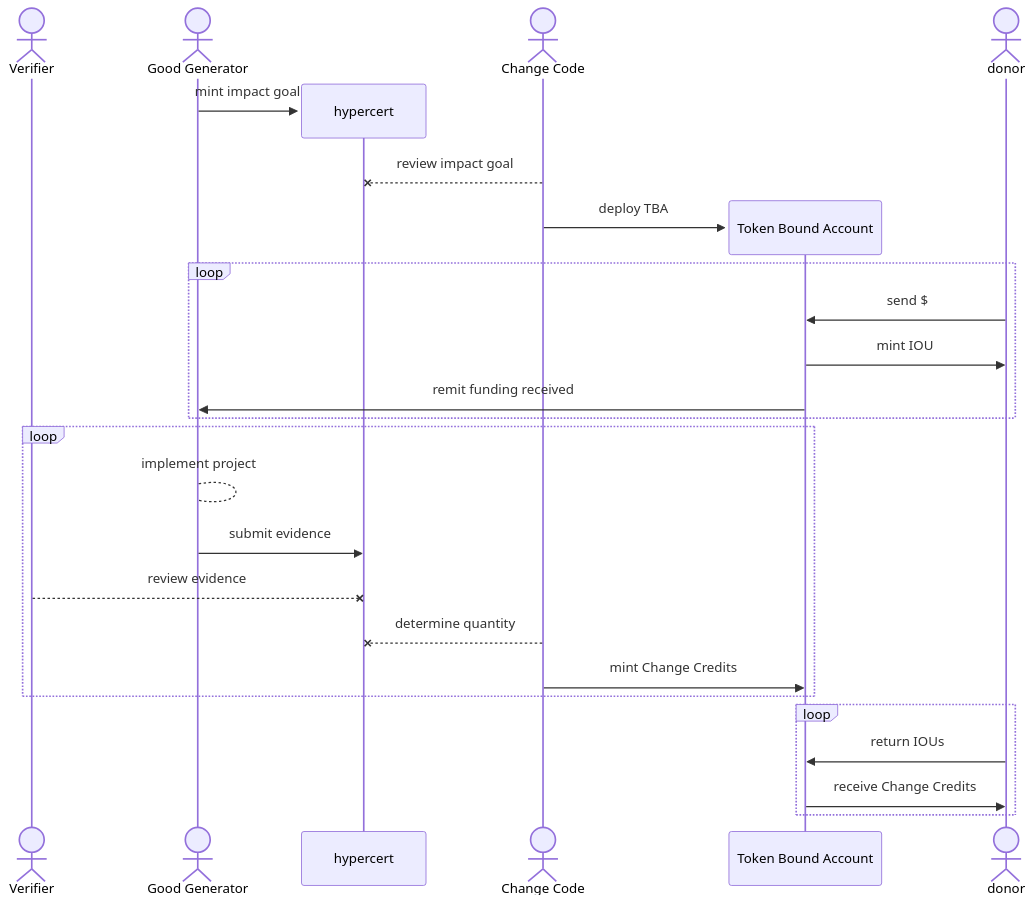
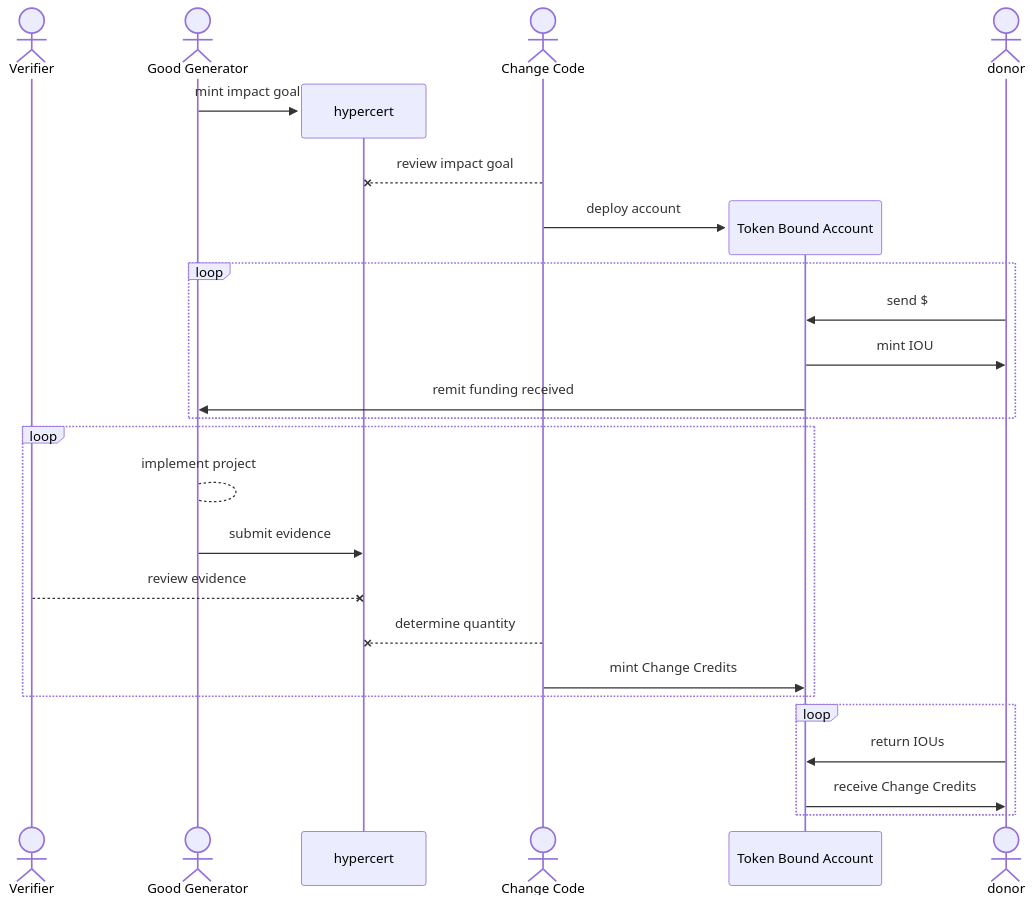
Before and after one commit to change-code-io/docs: the diagram in change-credits-minting.md, drawn with Mermaid. The commit also changed other lines of this file, not shown here.

````diff
--- a/change-credits-minting.md
+++ b/change-credits-minting.md
@@ -1,28 +23,28 @@
 ```mermaid
 sequenceDiagram
     actor Verifier
     actor Good Generator
     create participant hypercert
     Good Generator->>hypercert: mint impact goal
     actor Change Code
     Change Code--xhypercert: review impact goal
     create participant Token Bound Account
-    Change Code->>Token Bound Account: deploy TBA
+    Change Code->>Token Bound Account: deploy account
     actor donor
     loop
         donor->>Token Bound Account: send $
         Token Bound Account->>donor: mint IOU
         Token Bound Account->>Good Generator: remit funding received
     end
     loop
         Good Generator-->Good Generator: implement project
         Good Generator->>hypercert: submit evidence
         Verifier--xhypercert: review evidence
         Change Code--xhypercert: determine quantity
         Change Code->>Token Bound Account: mint Change Credits
     end
     Loop
         donor->>Token Bound Account: return IOUs
         Token Bound Account->>donor: receive Change Credits
     end
 ```
````
